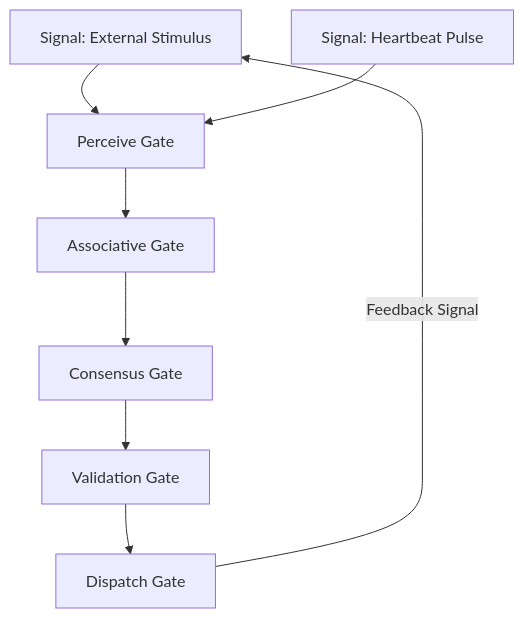
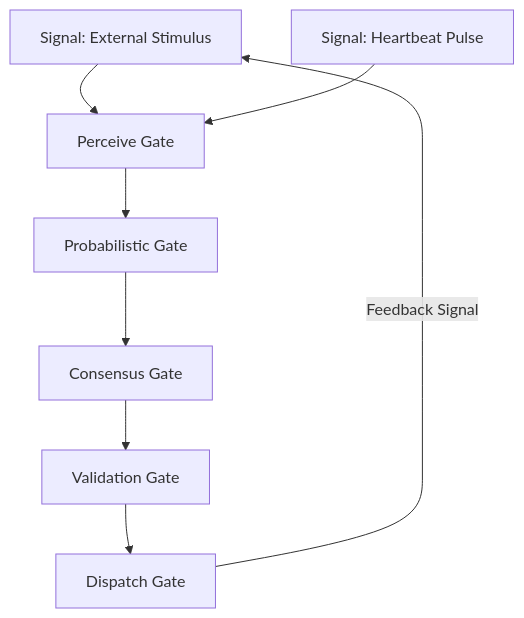
Before and after one commit to amrgharbeia/opencortex: the diagram in literate/loop.org, drawn with Mermaid. The commit also changed other lines of this file and 51 other files, not shown here.

Commit message:
REFACTOR: Explanatory Core Architecture & Terminology Alignment

```diff
--- a/literate/loop.org
+++ b/literate/loop.org
@@ -21,10 +21,10 @@
 #+begin_src mermaid
 flowchart TD
     S1[Signal: External Stimulus] --> P[Perceive Gate]
     S2[Signal: Heartbeat Pulse] --> P
-    P --> N[Associative Gate]
+    P --> N[Probabilistic Gate]
     N --> C[Consensus Gate]
     C --> V[Validation Gate]
     V --> D[Dispatch Gate]
     D -- Feedback Signal --> S1
 #+end_src
```
